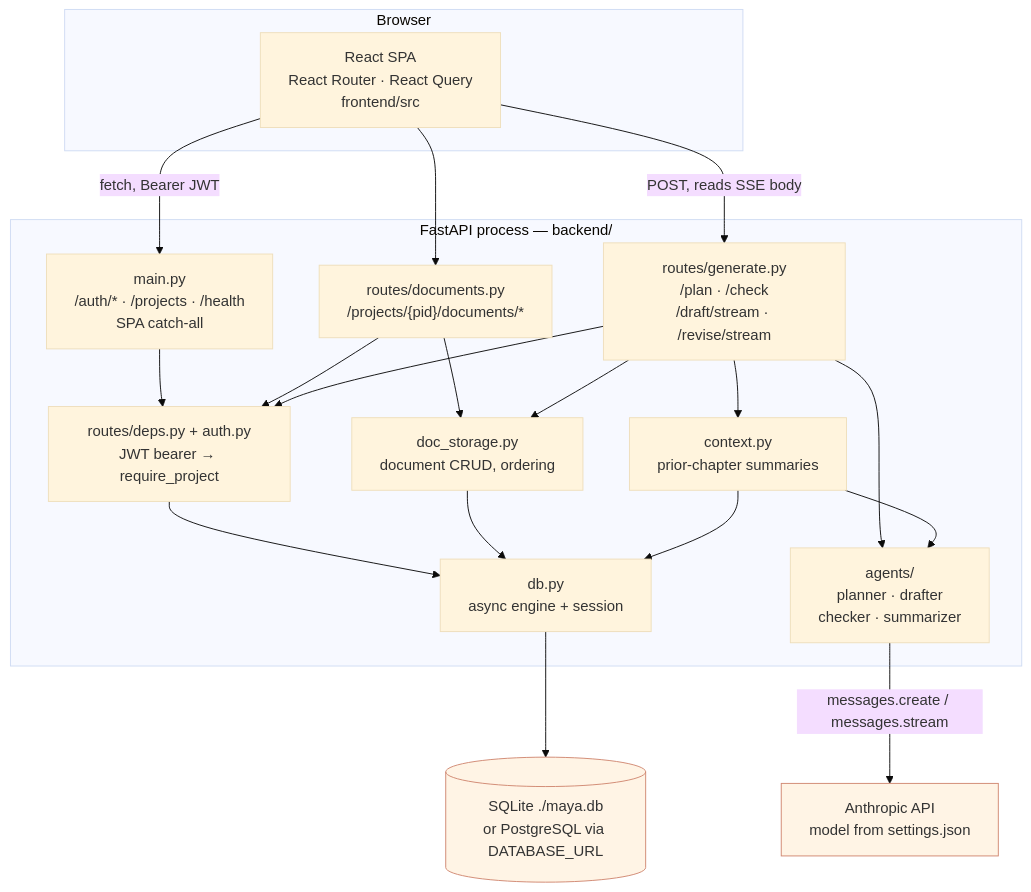
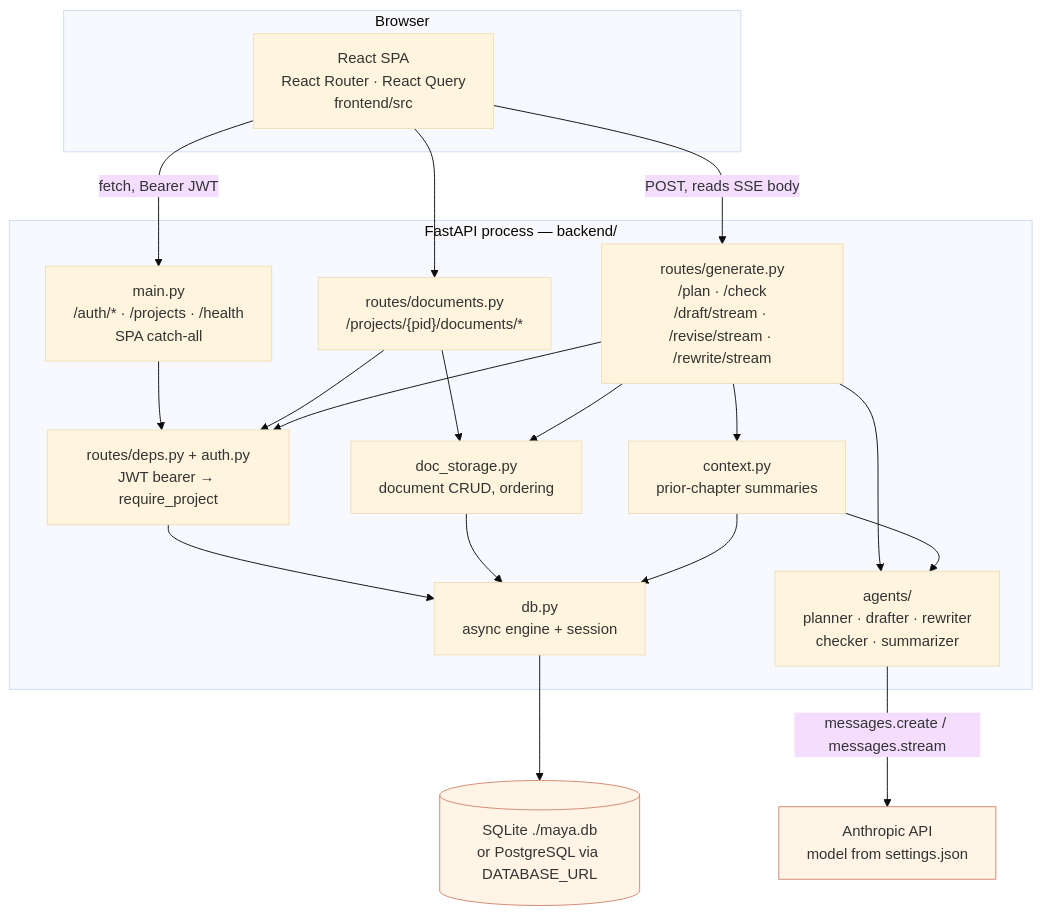
The first of 2 diagrams in docs/diagrams/01-system-overview.md (Akazz-L/maya), drawn with Mermaid (base theme) before and after one commit. The commit also changed 34 other files, not shown here.

````diff
--- a/docs/diagrams/01-system-overview.md
+++ b/docs/diagrams/01-system-overview.md
@@ -6,41 +6,41 @@
 ```mermaid
 graph TB
     subgraph browser["Browser"]
         SPA["React SPA<br/>React Router · React Query<br/>frontend/src"]
     end
 
     subgraph server["FastAPI process — backend/"]
         MAIN["main.py<br/>/auth/* · /projects · /health<br/>SPA catch-all"]
         DOCS["routes/documents.py<br/>/projects/{pid}/documents/*"]
-        GEN["routes/generate.py<br/>/plan · /check<br/>/draft/stream · /revise/stream"]
+        GEN["routes/generate.py<br/>/plan · /check<br/>/draft/stream · /revise/stream · /rewrite/stream"]
         DEPS["routes/deps.py + auth.py<br/>JWT bearer → require_project"]
         STORE["doc_storage.py<br/>document CRUD, ordering"]
         CTX["context.py<br/>prior-chapter summaries"]
-        AGENTS["agents/<br/>planner · drafter<br/>checker · summarizer"]
+        AGENTS["agents/<br/>planner · drafter · rewriter<br/>checker · summarizer"]
         DB["db.py<br/>async engine + session"]
     end
 
     ANTHROPIC["Anthropic API<br/>model from settings.json"]
     SQL[("SQLite ./maya.db<br/>or PostgreSQL via DATABASE_URL")]
 
     SPA -->|"fetch, Bearer JWT"| MAIN
     SPA --> DOCS
     SPA -->|"POST, reads SSE body"| GEN
 
     MAIN --> DEPS
     DOCS --> DEPS
     GEN --> DEPS
     DOCS --> STORE
     GEN --> STORE
     GEN --> CTX
     GEN --> AGENTS
     CTX --> AGENTS
     AGENTS -->|"messages.create / messages.stream"| ANTHROPIC
     DEPS --> DB
     STORE --> DB
     CTX --> DB
     DB --> SQL
 
     classDef ext fill:#fff4e5,stroke:#d08770
     class ANTHROPIC,SQL ext
 ```
````
